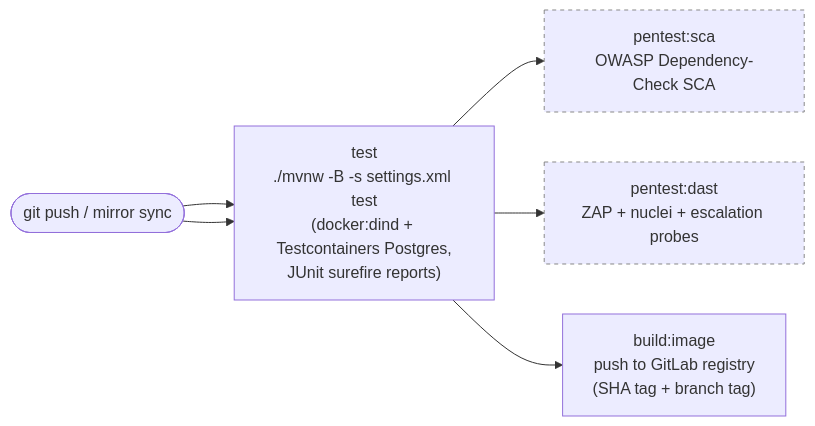
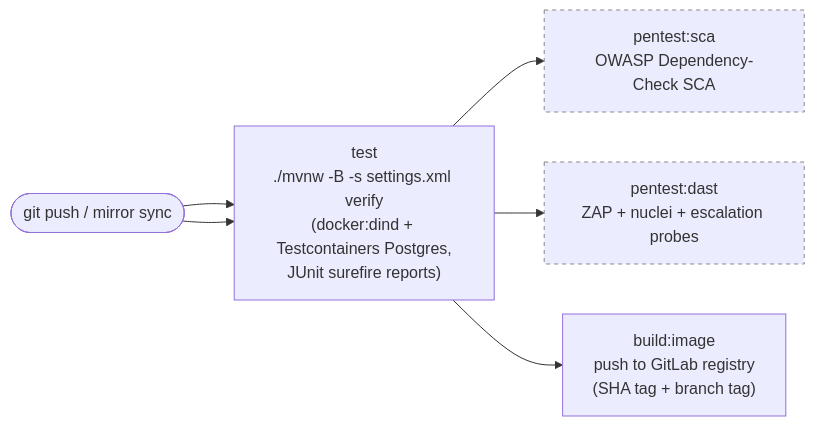
One commit to hugmesh/hugmesh-wiki-bff-api changed the third of 3 diagrams in README.md. Above: the diagram before and after it, drawn with Mermaid. The commit also changed other lines of this file, not shown here.

````diff
--- a/README.md
+++ b/README.md
@@ -675,15 +716,15 @@
 ```mermaid
 flowchart LR
     push(["git push / mirror sync"])
-    test["test<br/>./mvnw -B -s settings.xml test<br/>(docker:dind + Testcontainers Postgres,<br/>JUnit surefire reports)"]
+    test["test<br/>./mvnw -B -s settings.xml verify<br/>(docker:dind + Testcontainers Postgres,<br/>JUnit surefire reports)"]
     sca["pentest:sca<br/>OWASP Dependency-Check SCA"]
     dast["pentest:dast<br/>ZAP + nuclei + escalation probes"]
     build["build:image<br/>push to GitLab registry<br/>(SHA tag + branch tag)"]
 
     push --> test --> sca
     push --> test --> dast
     test --> build
 
     style sca stroke-dasharray:4,stroke:#888
     style dast stroke-dasharray:4,stroke:#888
 ```
````
